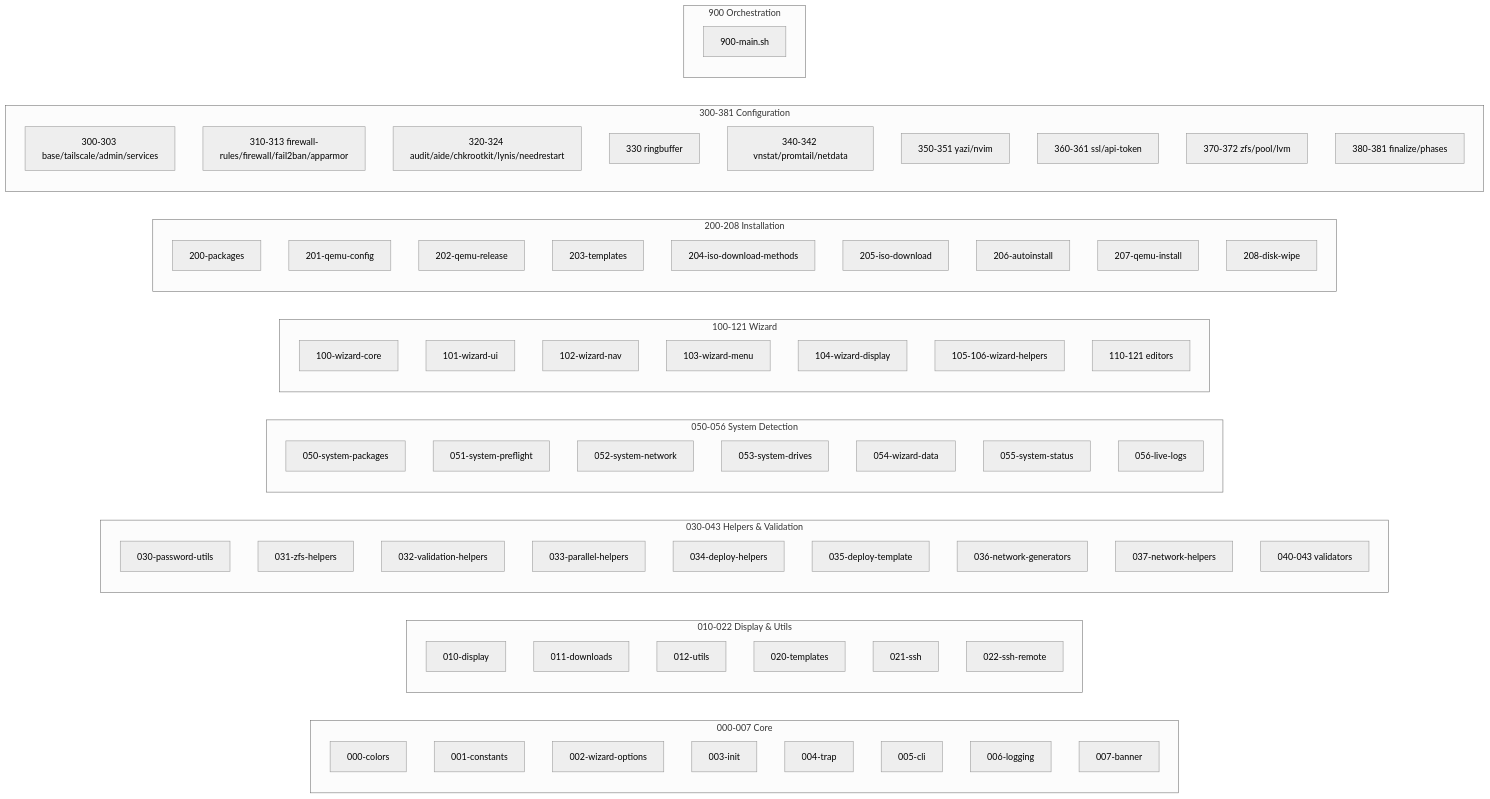
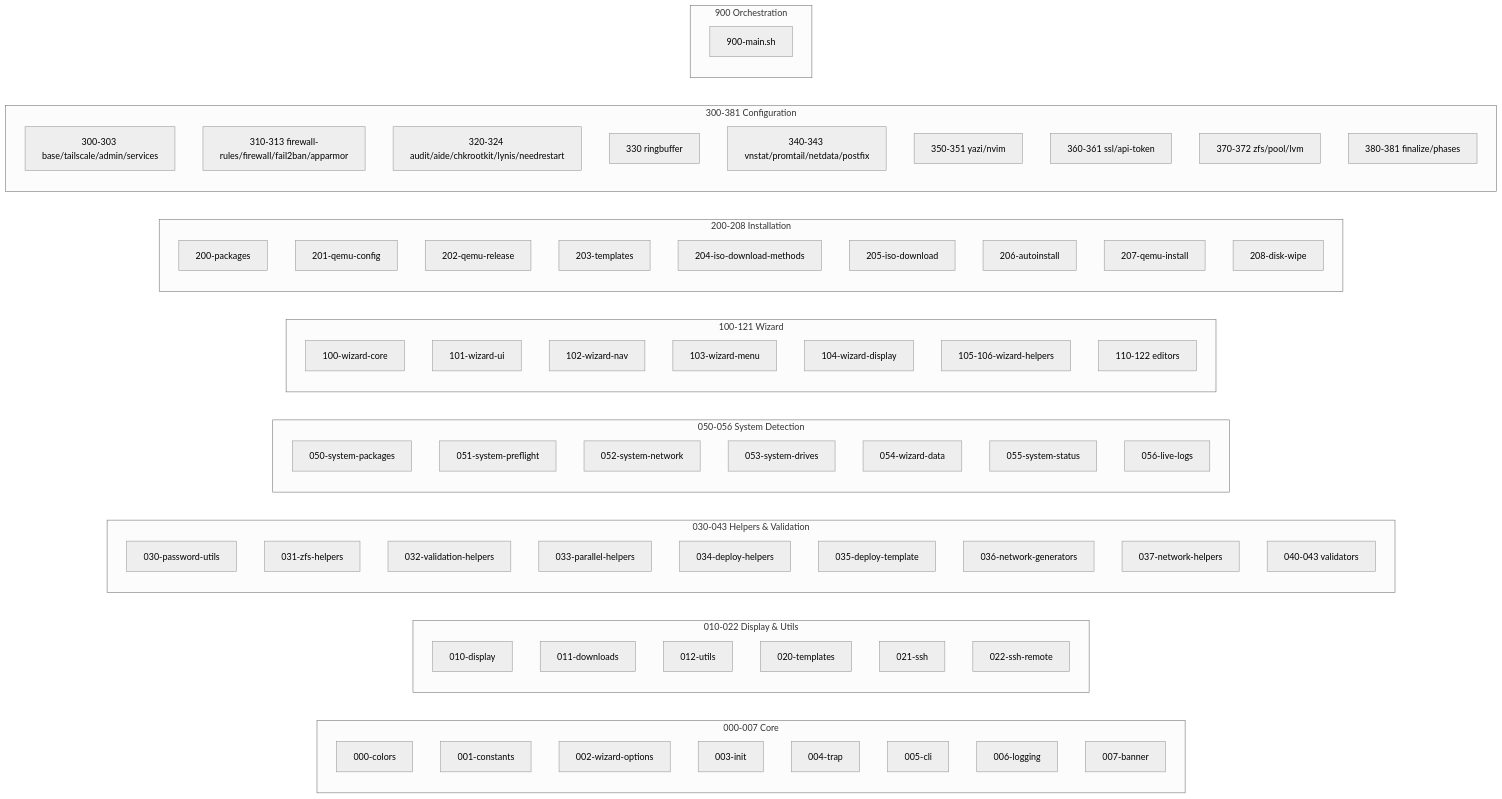
The third of 3 diagrams in wiki/Architecture.md (qoxi-cloud/proxmox-installer), drawn with Mermaid (neutral theme) before and after one commit. The commit also changed other lines of this file and 14 other files, not shown here.

````diff
--- a/wiki/Architecture.md
+++ b/wiki/Architecture.md
@@ -239,82 +239,82 @@
 ```mermaid
 graph LR
     subgraph "000-007 Core"
         A[000-colors]
         B[001-constants]
         C[002-wizard-options]
         D[003-init]
         D2[004-trap]
         E[005-cli]
         F[006-logging]
         G[007-banner]
     end
 
     subgraph "010-022 Display & Utils"
         H[010-display]
         I[011-downloads]
         J[012-utils]
         K[020-templates]
         L[021-ssh]
         L2[022-ssh-remote]
     end
 
     subgraph "030-043 Helpers & Validation"
         M[030-password-utils]
         N[031-zfs-helpers]
         O[032-validation-helpers]
         P[033-parallel-helpers]
         Q[034-deploy-helpers]
         Q2[035-deploy-template]
         R[036-network-generators]
         R2[037-network-helpers]
         S[040-043 validators]
     end
 
     subgraph "050-056 System Detection"
         T[050-system-packages]
         U[051-system-preflight]
         V[052-system-network]
         W[053-system-drives]
         X[054-wizard-data]
         Y[055-system-status]
         Z[056-live-logs]
     end
 
     subgraph "100-121 Wizard"
         AA[100-wizard-core]
         AB[101-wizard-ui]
         AC[102-wizard-nav]
         AD[103-wizard-menu]
         AD2[104-wizard-display]
         AD3[105-106-wizard-helpers]
-        AE[110-121 editors]
+        AE[110-122 editors]
     end
 
     subgraph "200-208 Installation"
         AF[200-packages]
         AG[201-qemu-config]
         AG2[202-qemu-release]
         AH[203-templates]
         AI[204-iso-download-methods]
         AI2[205-iso-download]
         AJ[206-autoinstall]
         AJ2[207-qemu-install]
         AJ3[208-disk-wipe]
     end
 
     subgraph "300-381 Configuration"
         AK[300-303 base/tailscale/admin/services]
         AL[310-313 firewall-rules/firewall/fail2ban/apparmor]
         AM[320-324 audit/aide/chkrootkit/lynis/needrestart]
         AN[330 ringbuffer]
-        AO[340-342 vnstat/promtail/netdata]
+        AO[340-343 vnstat/promtail/netdata/postfix]
         AP[350-351 yazi/nvim]
         AQ[360-361 ssl/api-token]
         AR[370-372 zfs/pool/lvm]
         AS[380-381 finalize/phases]
     end
 
     subgraph "900 Orchestration"
         AT[900-main.sh]
     end
 ```
````
